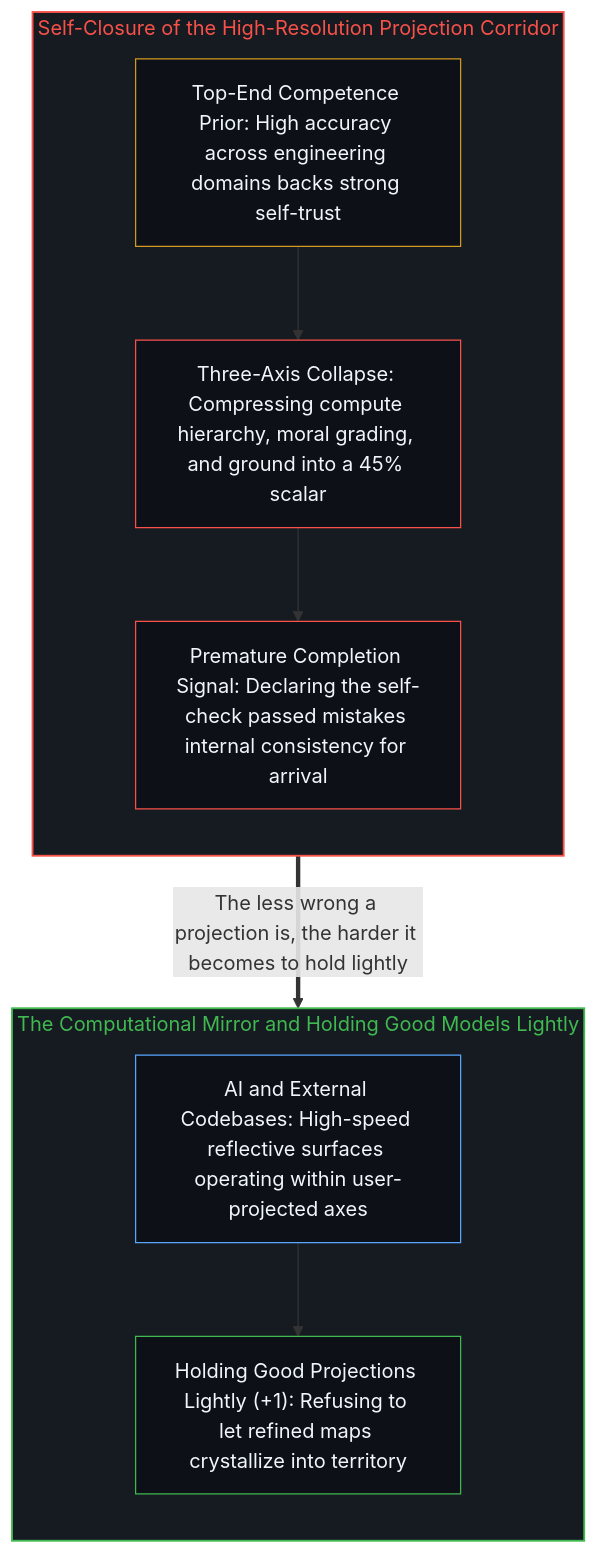
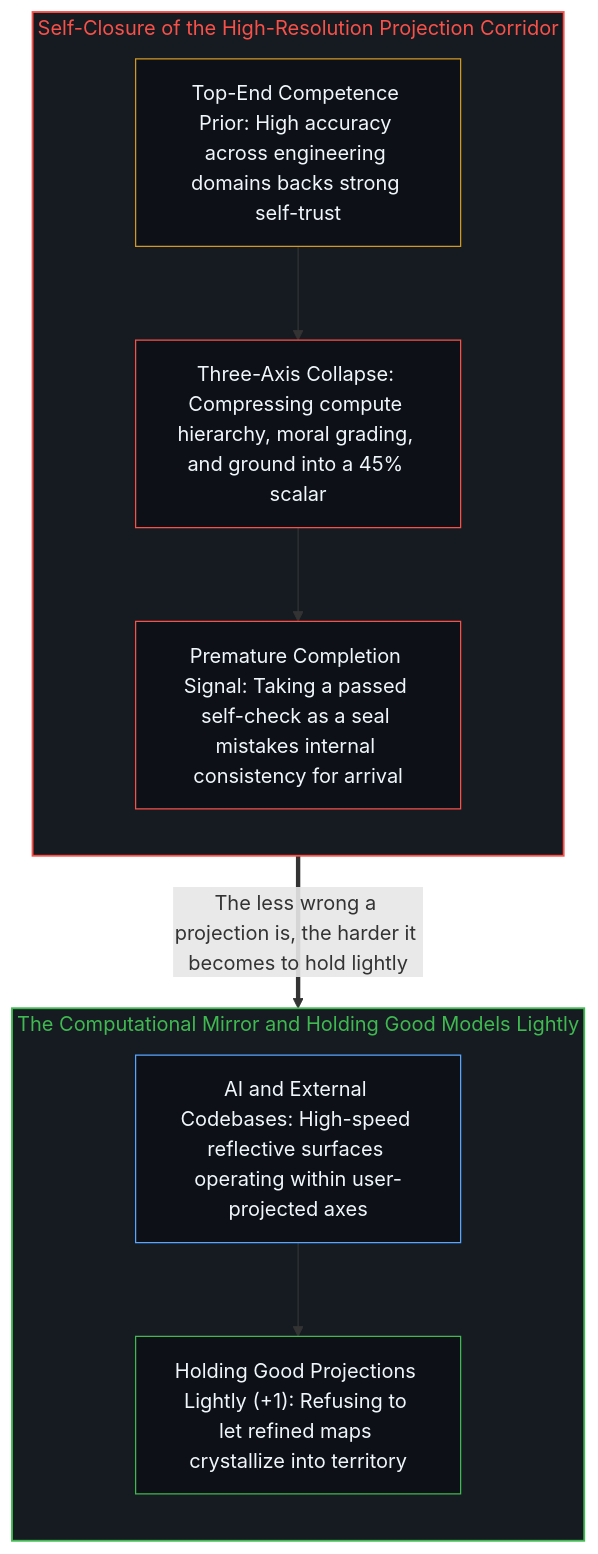
The second of 2 diagrams in content/posts/intelligence-traps-itself.md (powerpig99/not-a-toe), drawn with Mermaid before and after one commit. The commit also changed other lines of this file and 4 other files, not shown here.

````diff
--- a/content/posts/intelligence-traps-itself.md
+++ b/content/posts/intelligence-traps-itself.md
@@ -44,24 +44,24 @@
 ```mermaid
 flowchart TD
     subgraph S_Corridor["Self-Closure of the High-Resolution Projection Corridor"]
         direction TB
         Prior["Top-End Competence Prior: High accuracy across engineering domains backs strong self-trust"]
         Collapse["Three-Axis Collapse: Compressing compute hierarchy, moral grading, and ground into a 45% scalar"]
-        Arrive["Premature Completion Signal: Declaring the self-check passed mistakes internal consistency for arrival"]
+        Arrive["Premature Completion Signal: Taking a passed self-check as a seal mistakes internal consistency for arrival"]
         Prior --> Collapse --> Arrive
     end
     subgraph S_Mirror["The Computational Mirror and Holding Good Models Lightly"]
         direction TB
         Mirror["AI and External Codebases: High-speed reflective surfaces operating within user-projected axes"]
         Light["Holding Good Projections Lightly (+1): Refusing to let refined maps crystallize into territory"]
         Mirror --> Light
     end
     Arrive ==>|"The less wrong a projection is, the harder it becomes to hold lightly"| Mirror
     style S_Corridor fill:#161b22,stroke:#f85149,stroke-width:1.5px,color:#f85149
     style S_Mirror fill:#161b22,stroke:#3fb950,stroke-width:1.5px,color:#3fb950
     style Prior fill:#0d1117,stroke:#d29922,stroke-width:1px,color:#f0f6fc
     style Collapse fill:#0d1117,stroke:#f85149,stroke-width:1px,color:#f0f6fc
     style Arrive fill:#0d1117,stroke:#f85149,stroke-width:1px,color:#f0f6fc
     style Mirror fill:#0d1117,stroke:#58a6ff,stroke-width:1px,color:#f0f6fc
     style Light fill:#0d1117,stroke:#3fb950,stroke-width:1px,color:#f0f6fc
 ```
````
